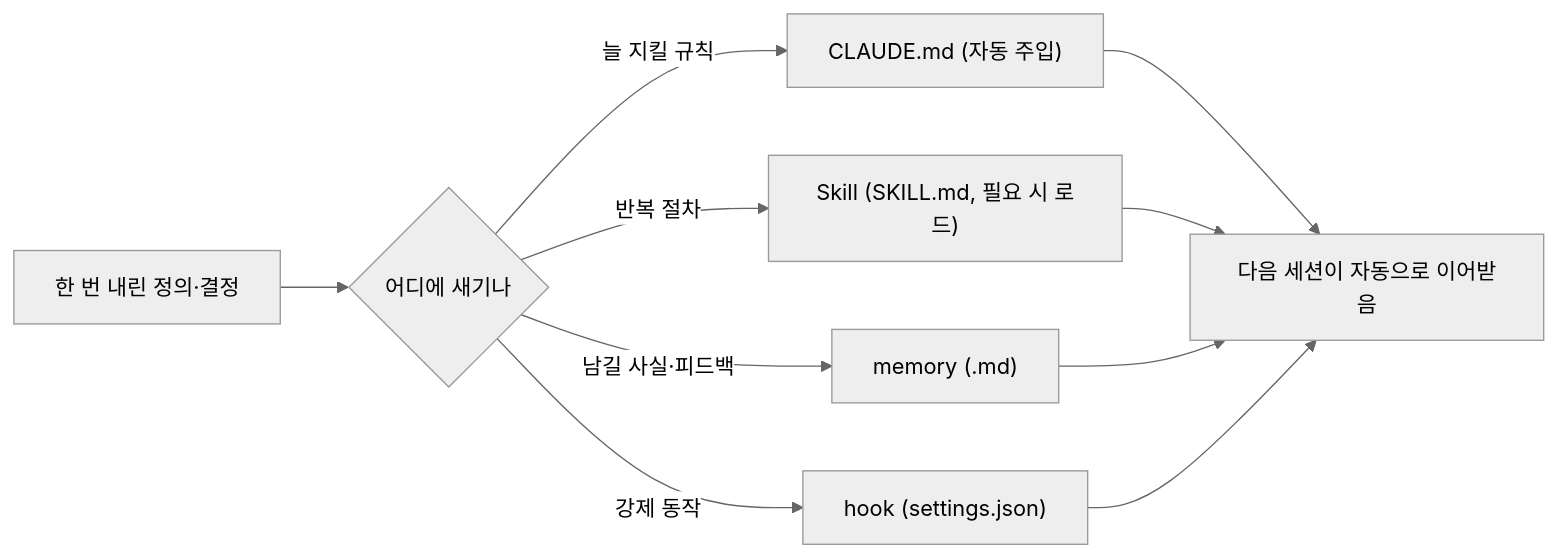
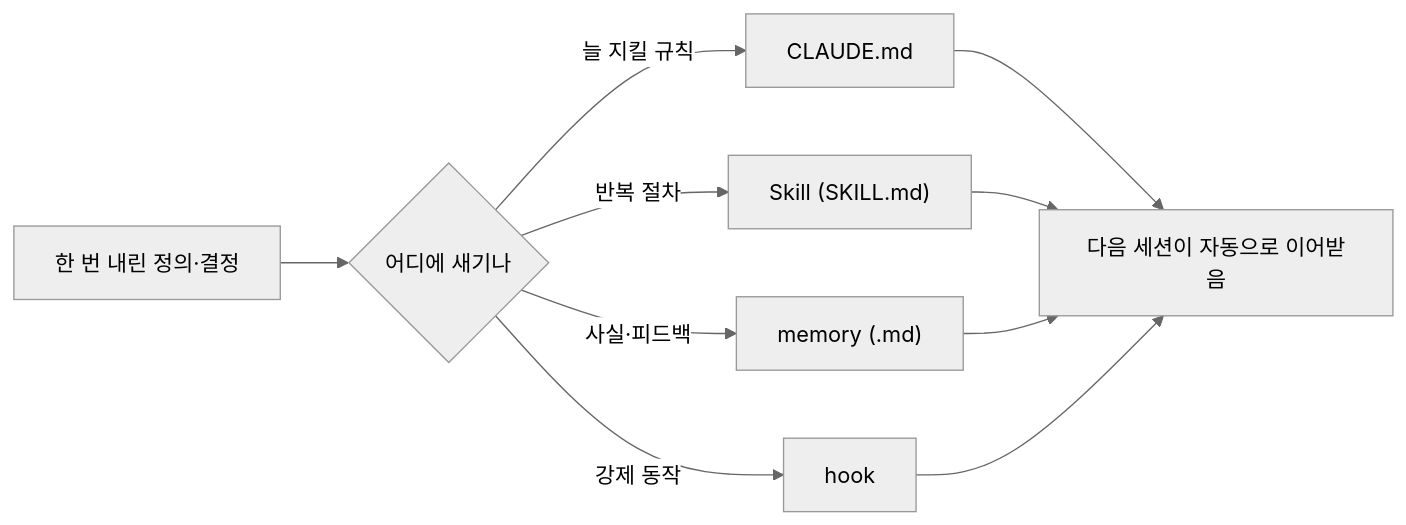
One commit to millim1983/millim1983.github.io changed the diagram in _posts/2026-06-26-defining-05-record-carries-definition.md. Above: the diagram before and after it, drawn with Mermaid (neutral theme). The commit also changed other lines of this file and 3 other files, not shown here.

````diff
--- a/_posts/2026-06-26-defining-05-record-carries-definition.md
+++ b/_posts/2026-06-26-defining-05-record-carries-definition.md
@@ -56,9 +62,9 @@
 ```mermaid
 flowchart LR
   D["한 번 내린 정의·결정"] --> W{"어디에 새기나"}
-  W -->|늘 지킬 규칙| C["CLAUDE.md (자동 주입)"]
-  W -->|반복 절차| S["Skill (SKILL.md, 필요 시 로드)"]
-  W -->|남길 사실·피드백| M["memory (.md)"]
-  W -->|강제 동작| H["hook (settings.json)"]
+  W -->|늘 지킬 규칙| C["CLAUDE.md"]
+  W -->|반복 절차| S["Skill (SKILL.md)"]
+  W -->|사실·피드백| M["memory (.md)"]
+  W -->|강제 동작| H["hook"]
   C & S & M & H --> N["다음 세션이 자동으로 이어받음"]
 ```
````
